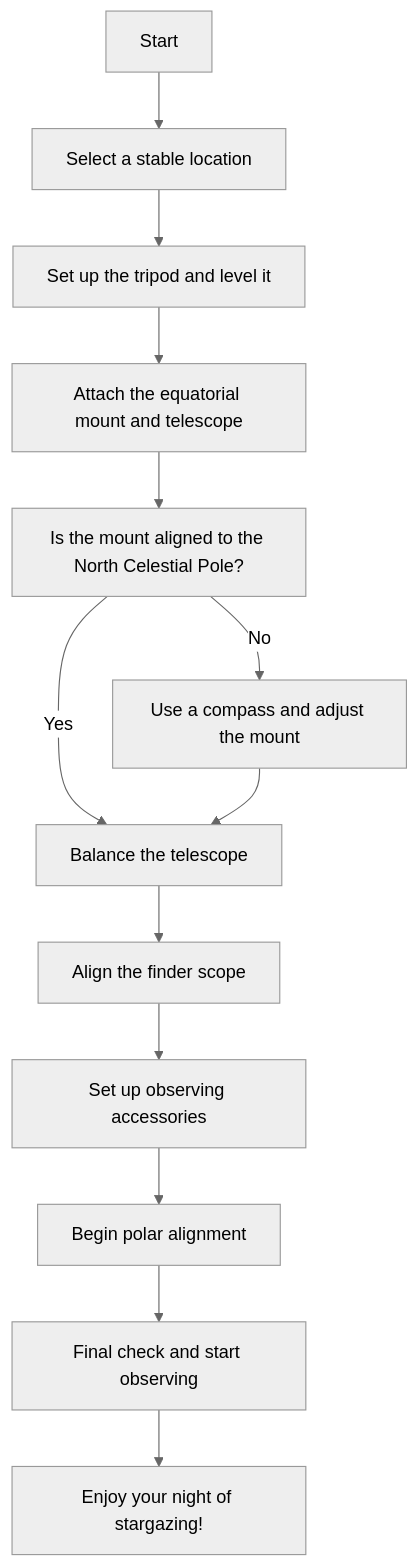
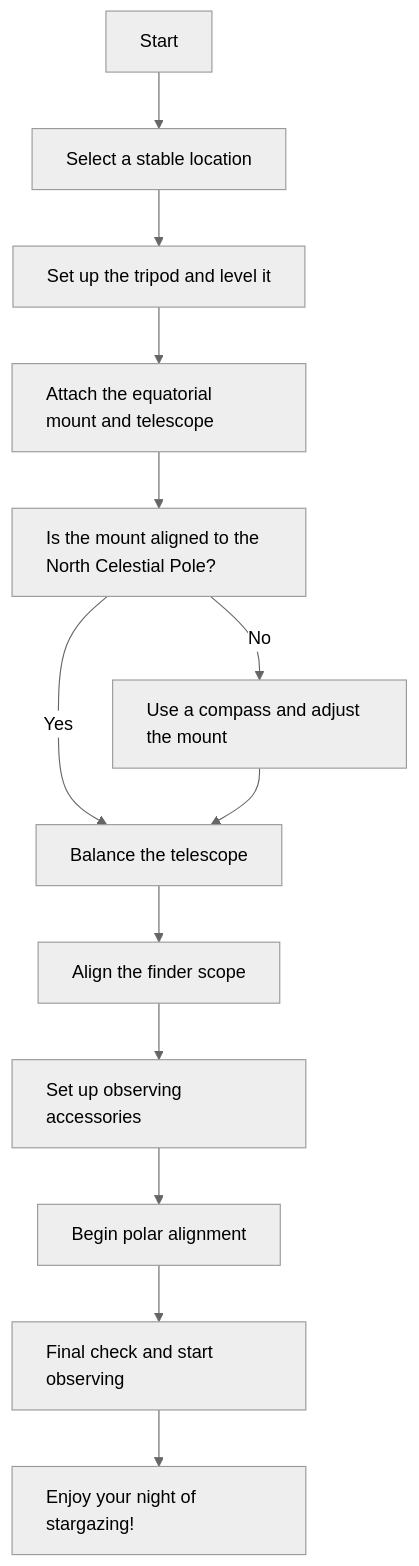
The first of 3 diagrams in slides/Slides.md (upyesp/aas), drawn with Mermaid (neutral theme) before and after one commit. The commit also changed other lines of this file, not shown here.

Commit message:
flow fix and full schedule

```diff
--- a/slides/Slides.md
+++ b/slides/Slides.md
@@ -88,15 +88,16 @@
 <div class="mermaid">
 graph TD
+    classDef default line-height:1.5,text-align:left;
     A[Start] --> B[Select a stable location]
     B --> C[Set up the tripod and level it]
     C --> D[Attach the equatorial mount and telescope]
     D --> E[Is the mount aligned to the North Celestial Pole?]
     E -- Yes --> F[Balance the telescope]
     E -- No --> G[Use a compass and adjust the mount]
     G --> F
     F --> H[Align the finder scope]
     H --> I[Set up observing accessories]
     I --> J[Begin polar alignment]
     J --> K[Final check and start observing]
     K --> L[Enjoy your night of stargazing!]
 </div>
```
